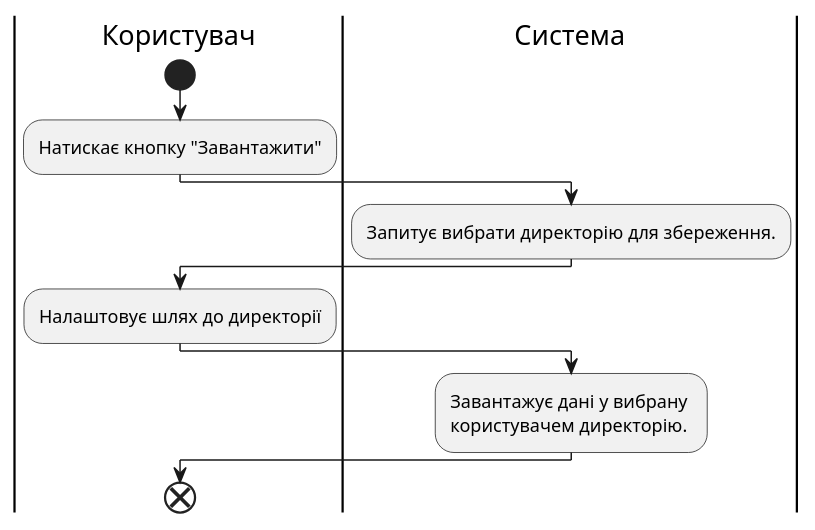
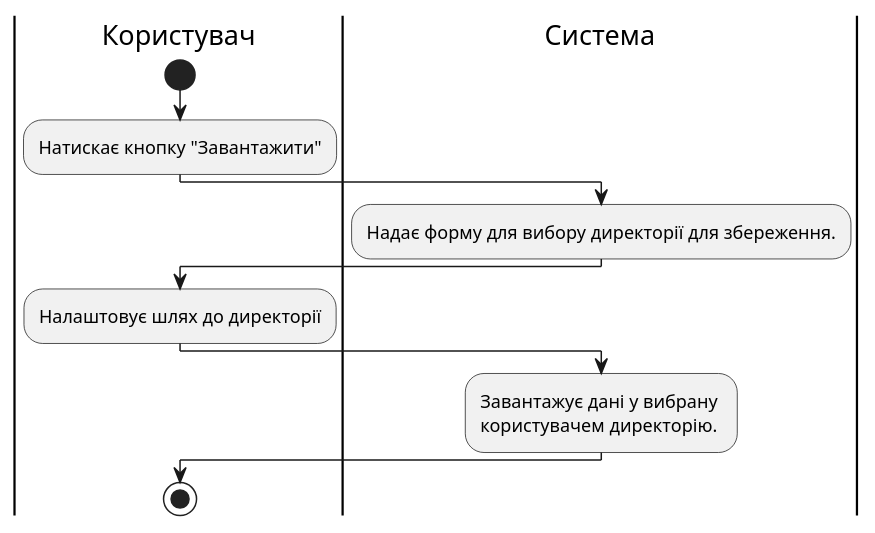
One commit to anrikolo/obd changed the diagram in src/uml/UC3.puml. Above: the diagram before and after it, drawn with PlantUML.

```diff
--- a/src/uml/UC3.puml
+++ b/src/uml/UC3.puml
@@ -1,13 +1,13 @@
 @startuml
     |Користувач|
     start
     :Натискає кнопку "Завантажити";
     |Система|
-    :Запитує вибрати директорію для збереження.;
+    :Надає форму для вибору директорії для збереження.;
     |Користувач|
     :Налаштовує шлях до директорії;
     |Система|
     :Завантажує дані у вибрану \nкористувачем директорію.;
         |Користувач|
-    end;
+    stop;
 @enduml
```
